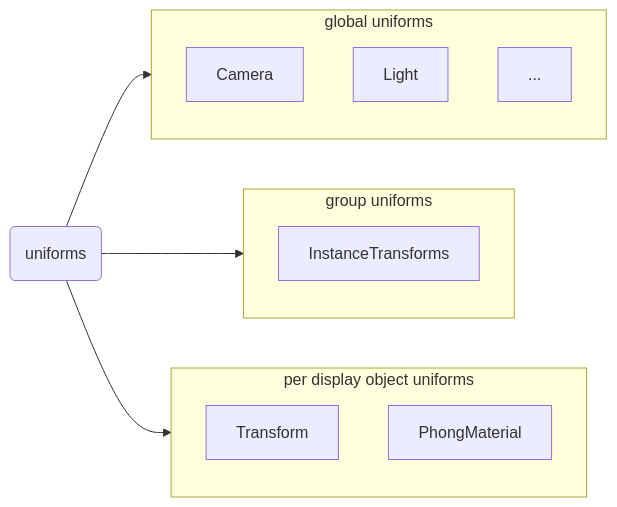
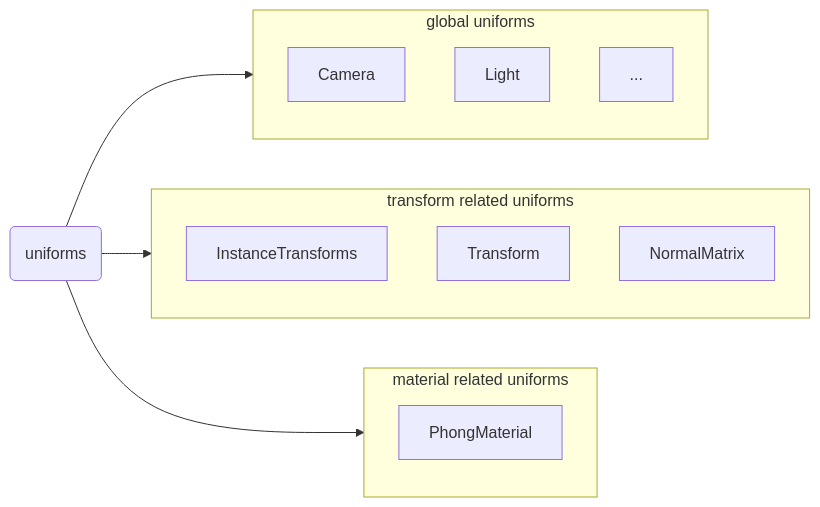
Before and after one commit to michael8090/learn-webgpu-ts: the diagram in docs/uniform.md, drawn with Mermaid. The commit also changed other lines of this file, not shown here.

Commit message:
actually we can merge the uniforms

````diff
--- a/docs/uniform.md
+++ b/docs/uniform.md
@@ -3,26 +3,29 @@
 ```mermaid
 graph LR;
 
 uniforms(uniforms)
 
 subgraph global_uniforms[global uniforms]
 Camera
 Light
 ...
 end
 
-subgraph group_uniforms[group uniforms]
+subgraph transform_related_uniforms[transform related uniforms]
 InstanceTransforms
+Transform
+NormalMatrix
+...
 end
 
-subgraph per_display_object_uniforms[per display object uniforms]
-Transform
+subgraph material_related_uniforms[material related uniforms]
 PhongMaterial
 ...
 end
 
+
 uniforms --> global_uniforms
-uniforms --> group_uniforms
-uniforms --> per_display_object_uniforms
+uniforms --> transform_related_uniforms
+uniforms --> material_related_uniforms
 
 ```
````
